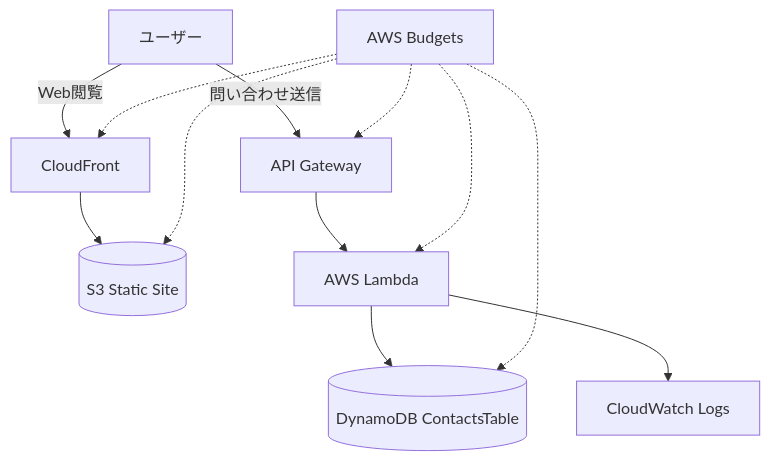
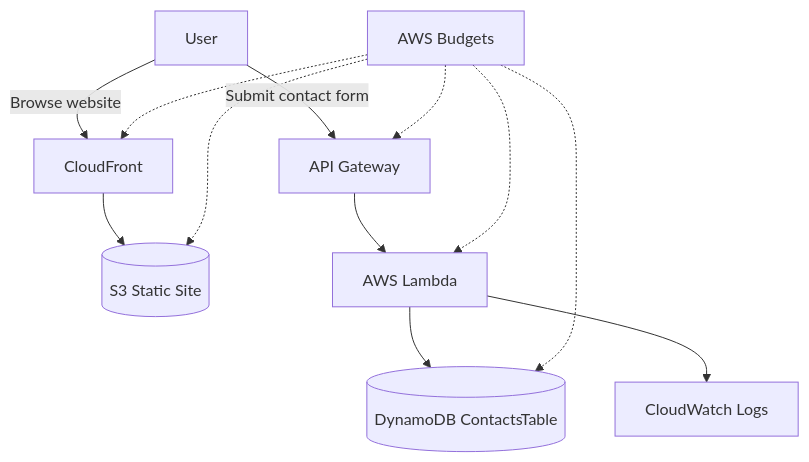
The tenth of 11 diagrams in docs/designs/04_aws_architecture_design.md (vincentmango-wen/aws-cert-roadmap-lab), drawn with Mermaid before and after one commit. The commit also changed other lines of this file and 117 other files, not shown here.

````diff
--- a/docs/designs/04_aws_architecture_design.md
+++ b/docs/designs/04_aws_architecture_design.md
@@ -1123,23 +1123,23 @@
 ```mermaid
 flowchart TD
-    User[ユーザー]
+    User[User]
     CF[CloudFront]
     S3[(S3 Static Site)]
     APIGW[API Gateway]
     Lambda[AWS Lambda]
     DDB[(DynamoDB ContactsTable)]
     CW[CloudWatch Logs]
     Budget[AWS Budgets]
 
-    User -->|Web閲覧| CF
+    User -->|Browse website| CF
     CF --> S3
-    User -->|問い合わせ送信| APIGW
+    User -->|Submit contact form| APIGW
     APIGW --> Lambda
     Lambda --> DDB
     Lambda --> CW
     Budget -.-> CF
     Budget -.-> S3
     Budget -.-> APIGW
     Budget -.-> Lambda
     Budget -.-> DDB
 ```
````
